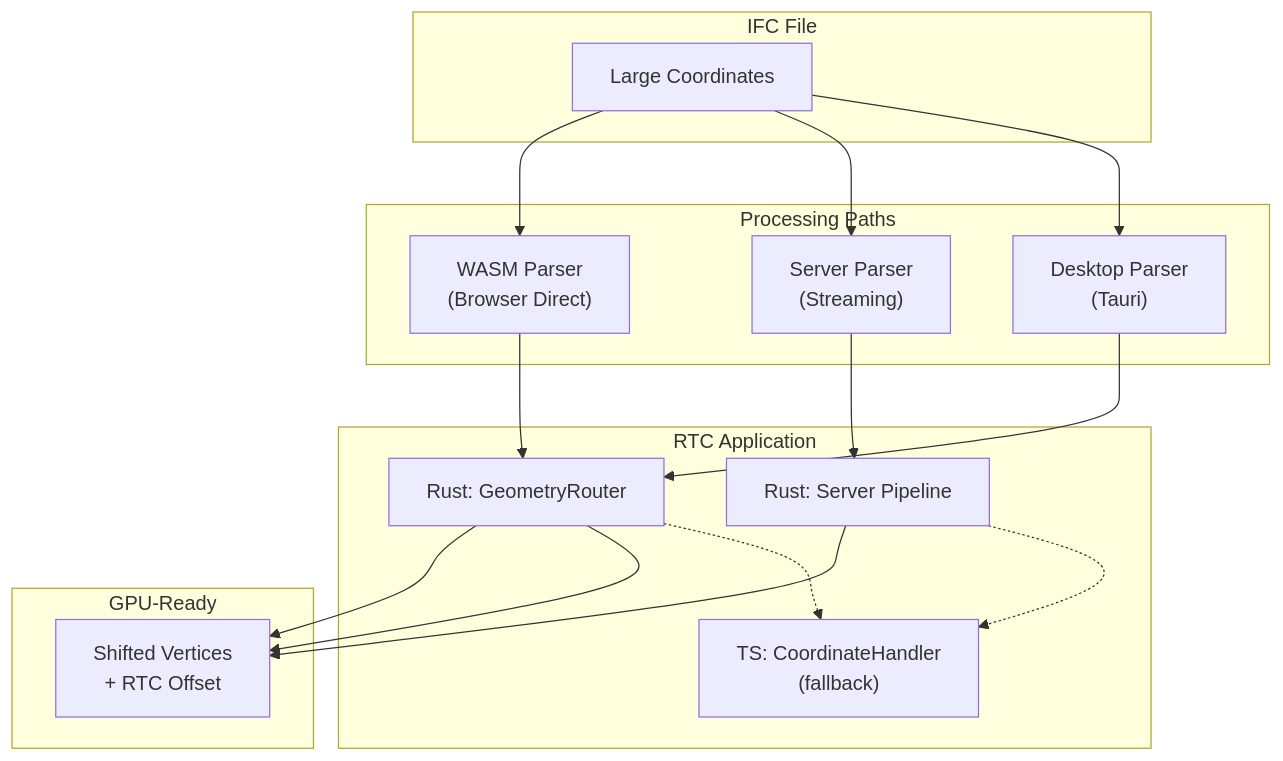
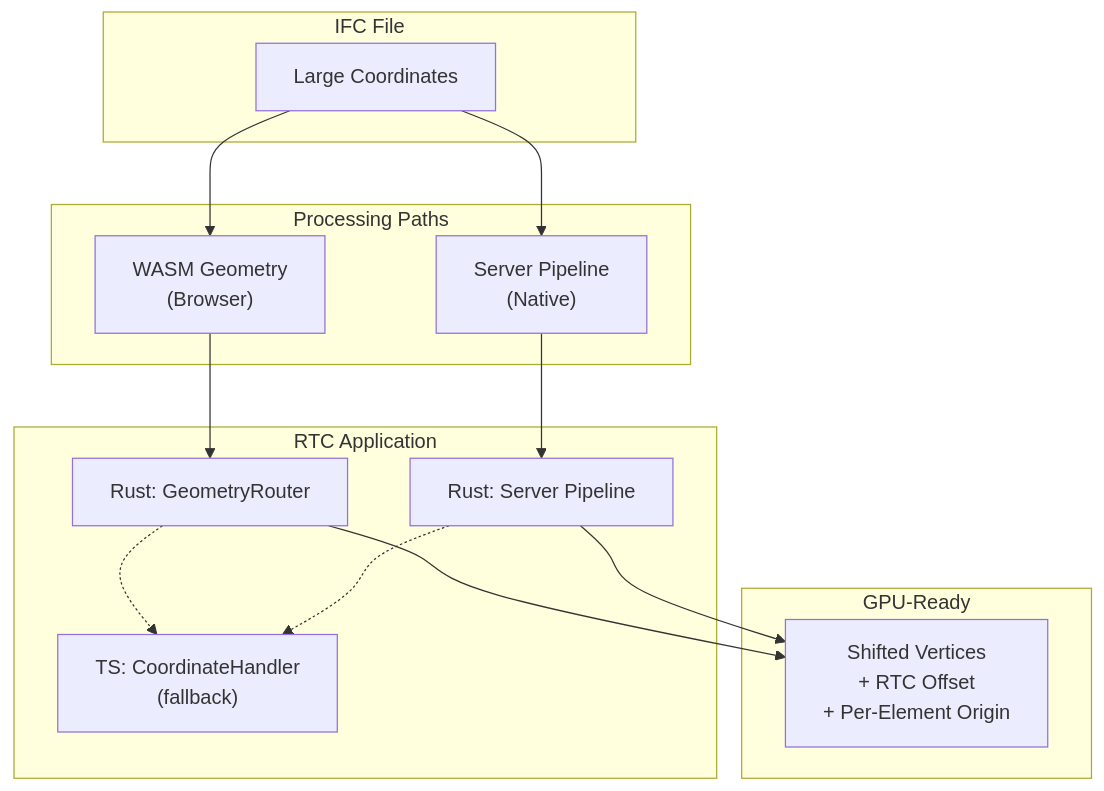
Before and after one commit to LTplus-AG/ifc-lite: the second of 2 diagrams in docs/architecture/coordinate-handling.md, drawn with Mermaid. The commit also changed other lines of this file and 78 other files, not shown here.

````diff
--- a/docs/architecture/coordinate-handling.md
+++ b/docs/architecture/coordinate-handling.md
@@ -65,29 +65,27 @@
 ```mermaid
 flowchart TB
     subgraph Input["IFC File"]
         File["Large Coordinates"]
     end
 
     subgraph Paths["Processing Paths"]
-        WASM["WASM Parser<br/>(Browser Direct)"]
-        Server["Server Parser<br/>(Streaming)"]
-        Desktop["Desktop Parser<br/>(Tauri)"]
+        WASM["WASM Geometry<br/>(Browser)"]
+        Server["Server Pipeline<br/>(Native)"]
     end
 
     subgraph RTC["RTC Application"]
         WasmRTC["Rust: GeometryRouter"]
         ServerRTC["Rust: Server Pipeline"]
         TSHandler["TS: CoordinateHandler<br/>(fallback)"]
     end
 
     subgraph Output["GPU-Ready"]
-        Mesh["Shifted Vertices<br/>+ RTC Offset"]
+        Mesh["Shifted Vertices<br/>+ RTC Offset<br/>+ Per-Element Origin"]
     end
 
     File --> WASM --> WasmRTC --> Mesh
     File --> Server --> ServerRTC --> Mesh
-    File --> Desktop --> WasmRTC --> Mesh
 
     WasmRTC -.-> TSHandler
     ServerRTC -.-> TSHandler
 ```
````
